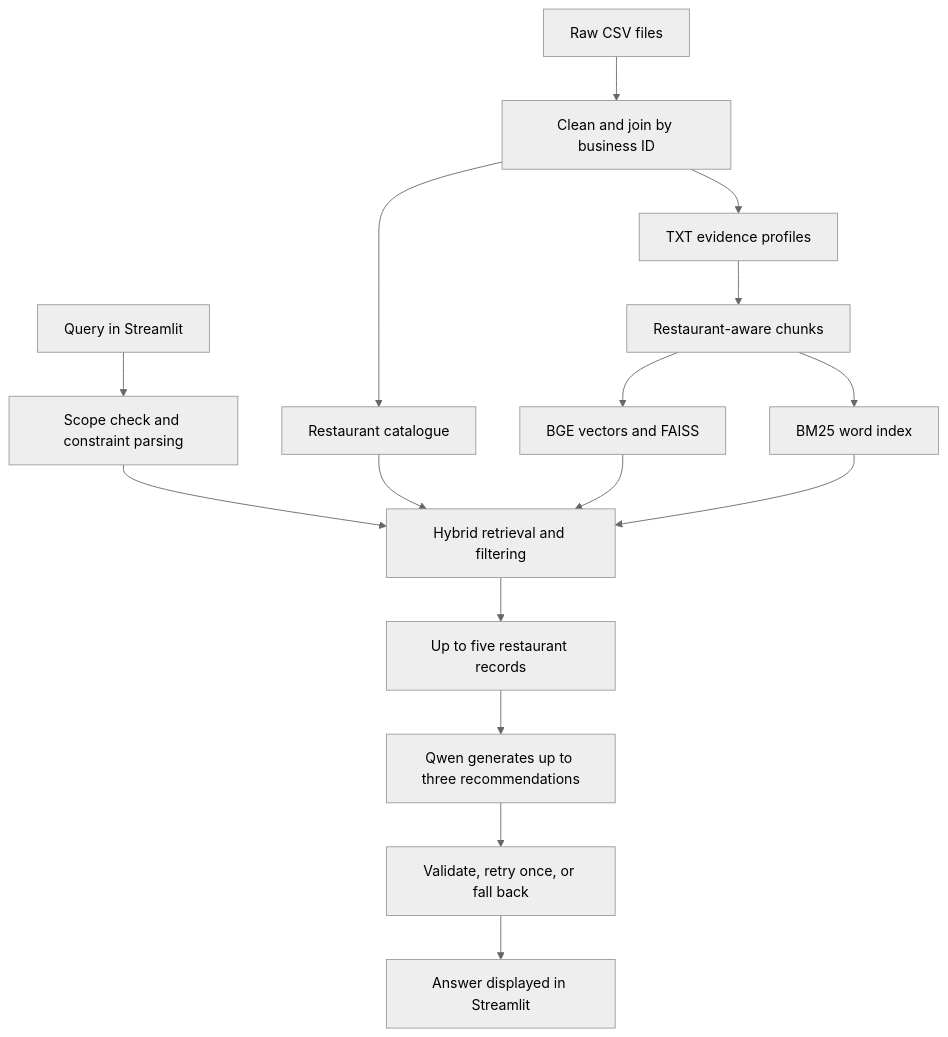
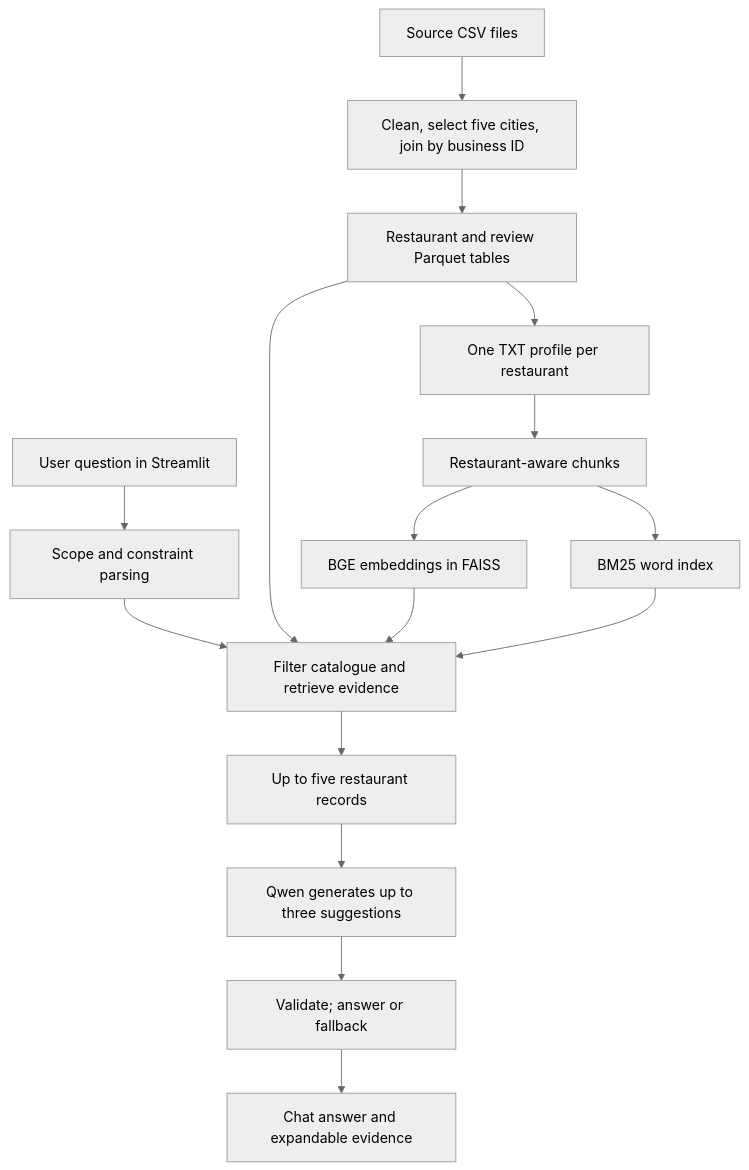
Before and after one commit to gunjandaiya23-svg/DineWise-New: the diagram in docs/02-architecture.md, drawn with Mermaid (neutral theme). The commit also changed other lines of this file and 66 other files, not shown here.

````diff
--- a/docs/02-architecture.md
+++ b/docs/02-architecture.md
@@ -21,18 +5,18 @@
 ```mermaid
 flowchart TD
-    A[Raw CSV files] --> B[Clean and join by business ID]
-    B --> C[Restaurant catalogue]
-    B --> D[TXT evidence profiles]
+    A[Source CSV files] --> B[Clean, select five cities, join by business ID]
+    B --> C[Restaurant and review Parquet tables]
+    C --> D[One TXT profile per restaurant]
     D --> E[Restaurant-aware chunks]
-    E --> F[BGE vectors and FAISS]
+    E --> F[BGE embeddings in FAISS]
     E --> G[BM25 word index]
-    Q[Query in Streamlit] --> H[Scope check and constraint parsing]
-    H --> I[Hybrid retrieval and filtering]
+    U[User question in Streamlit] --> H[Scope and constraint parsing]
+    H --> I[Filter catalogue and retrieve evidence]
     C --> I
     F --> I
     G --> I
     I --> J[Up to five restaurant records]
-    J --> K[Qwen generates up to three recommendations]
-    K --> L[Validate, retry once, or fall back]
-    L --> M[Answer displayed in Streamlit]
+    J --> K[Qwen generates up to three suggestions]
+    K --> L[Validate; answer or fallback]
+    L --> M[Chat answer and expandable evidence]
 ```
````
